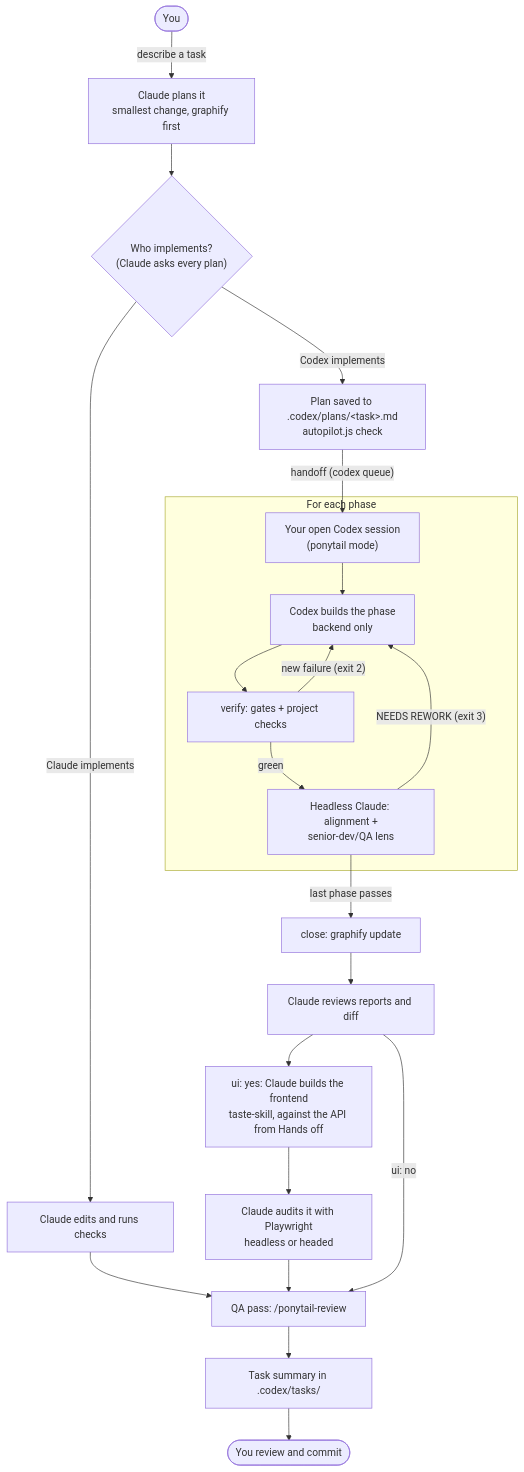
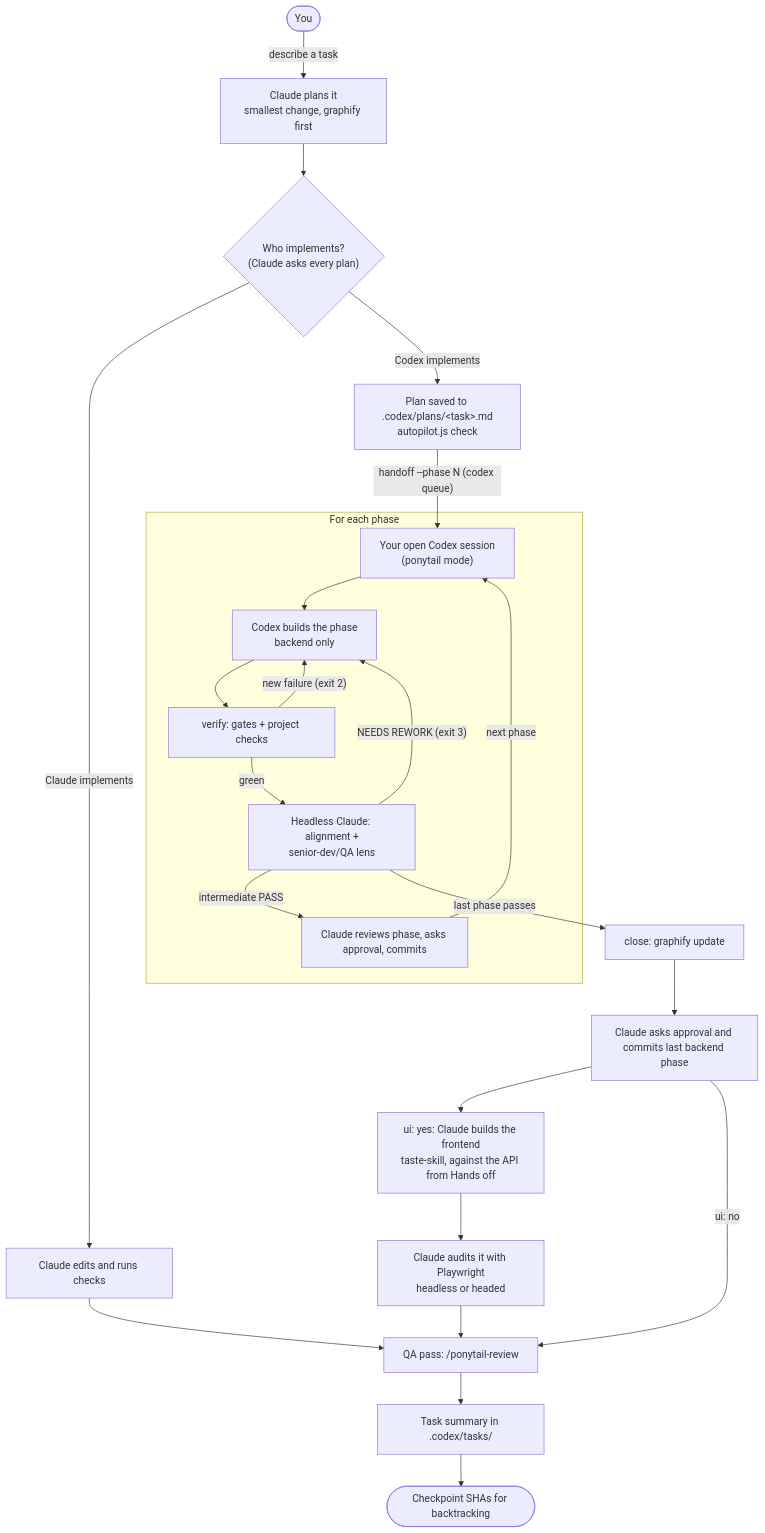
Before and after one commit to Jonrei1/dual-agent-workflow: the first of 3 diagrams in README.md, drawn with Mermaid. The commit also changed other lines of this file and 9 other files, not shown here.

Commit message:
feat: add install script and workflow templates for Claude Codex integration

````diff
--- a/README.md
+++ b/README.md
@@ -29,26 +29,28 @@
 ```mermaid
 flowchart TD
     you([You]) -->|describe a task| plan["Claude plans it<br/>smallest change, graphify first"]
     plan --> ask{"Who implements?<br/>(Claude asks every plan)"}
     ask -->|Claude implements| direct["Claude edits and runs checks"]
     ask -->|Codex implements| save["Plan saved to .codex/plans/&lt;task&gt;.md<br/>autopilot.js check"]
-    save -->|"handoff (codex queue)"| codex["Your open Codex session<br/>(ponytail mode)"]
+    save -->|"handoff --phase N (codex queue)"| codex["Your open Codex session<br/>(ponytail mode)"]
 
     subgraph loop ["For each phase"]
         codex --> build["Codex builds the phase<br/>backend only"]
         build --> verify["verify: gates + project checks"]
         verify -->|"new failure (exit 2)"| build
         verify -->|green| align["Headless Claude: alignment +<br/>senior-dev/QA lens"]
         align -->|"NEEDS REWORK (exit 3)"| build
+        align -->|intermediate PASS| checkpoint["Claude reviews phase, asks approval, commits"]
+        checkpoint -->|next phase| codex
     end
 
     align -->|last phase passes| close["close: graphify update"]
-    close --> review["Claude reviews reports and diff"]
+    close --> review["Claude asks approval and commits last backend phase"]
     review --> front["ui: yes: Claude builds the frontend<br/>taste-skill, against the API from Hands off"]
     front --> audit["Claude audits it with Playwright<br/>headless or headed"]
     audit --> qa
     direct --> qa["QA pass: /ponytail-review"]
     review -->|"ui: no"| qa
     qa --> summary["Task summary in .codex/tasks/"]
-    summary --> commit([You review and commit])
+    summary --> commit([Checkpoint SHAs for backtracking])
 ```
````
